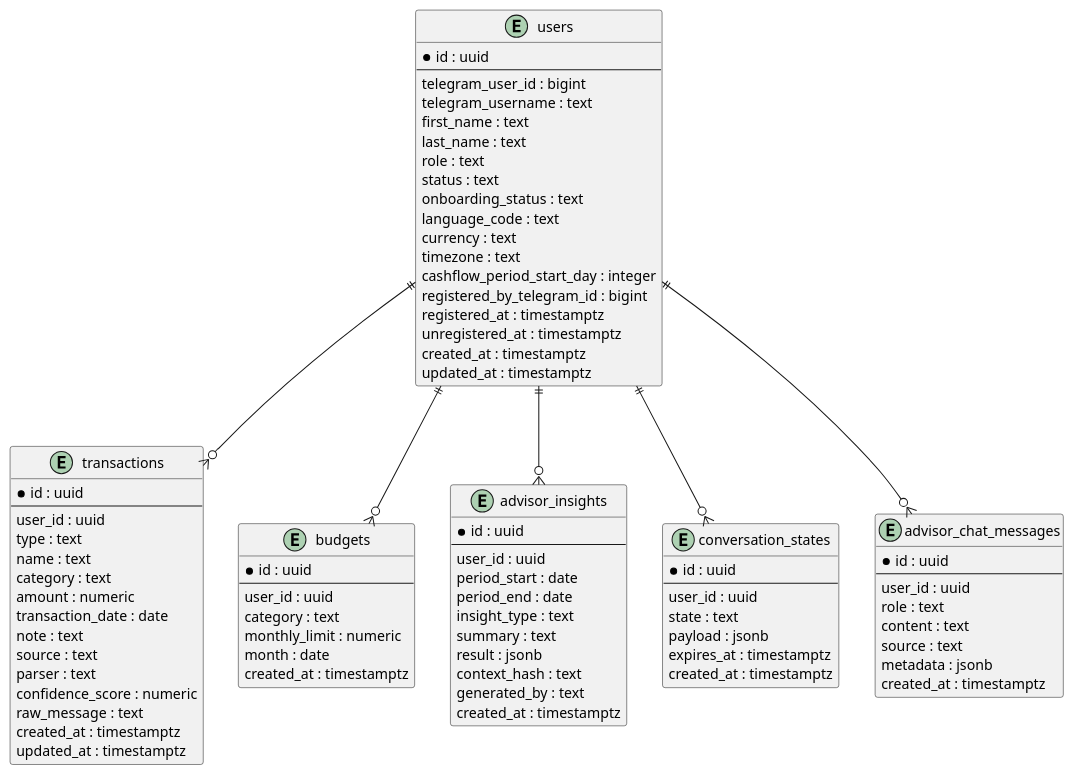
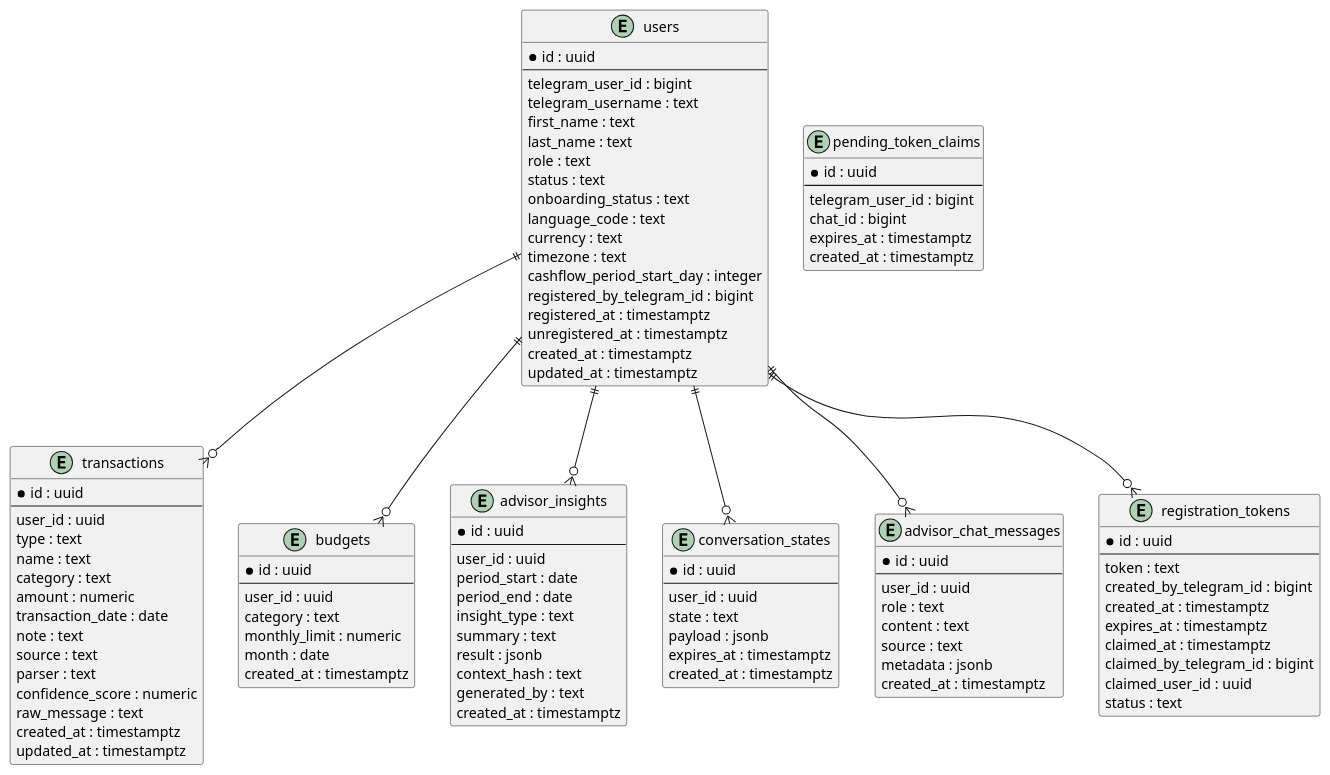
Diagram 14 of 14 in docs/ARCHITECTURE.md (abdtirtayasa24/ai-expense-telegram), drawn with PlantUML before and after one commit. The commit also changed other lines of this file and 22 other files, not shown here.

Commit message:
feat: add token-based bot registration flow

````diff
--- a/docs/ARCHITECTURE.md
+++ b/docs/ARCHITECTURE.md
@@ -710,10 +773,33 @@
   created_at : timestamptz
 }
 
+entity registration_tokens {
+  * id : uuid
+  --
+  token : text
+  created_by_telegram_id : bigint
+  created_at : timestamptz
+  expires_at : timestamptz
+  claimed_at : timestamptz
+  claimed_by_telegram_id : bigint
+  claimed_user_id : uuid
+  status : text
+}
+
+entity pending_token_claims {
+  * id : uuid
+  --
+  telegram_user_id : bigint
+  chat_id : bigint
+  expires_at : timestamptz
+  created_at : timestamptz
+}
+
 users ||--o{ transactions
 users ||--o{ budgets
 users ||--o{ advisor_insights
 users ||--o{ conversation_states
 users ||--o{ advisor_chat_messages
+users ||--o{ registration_tokens
 @enduml
 ```
````
